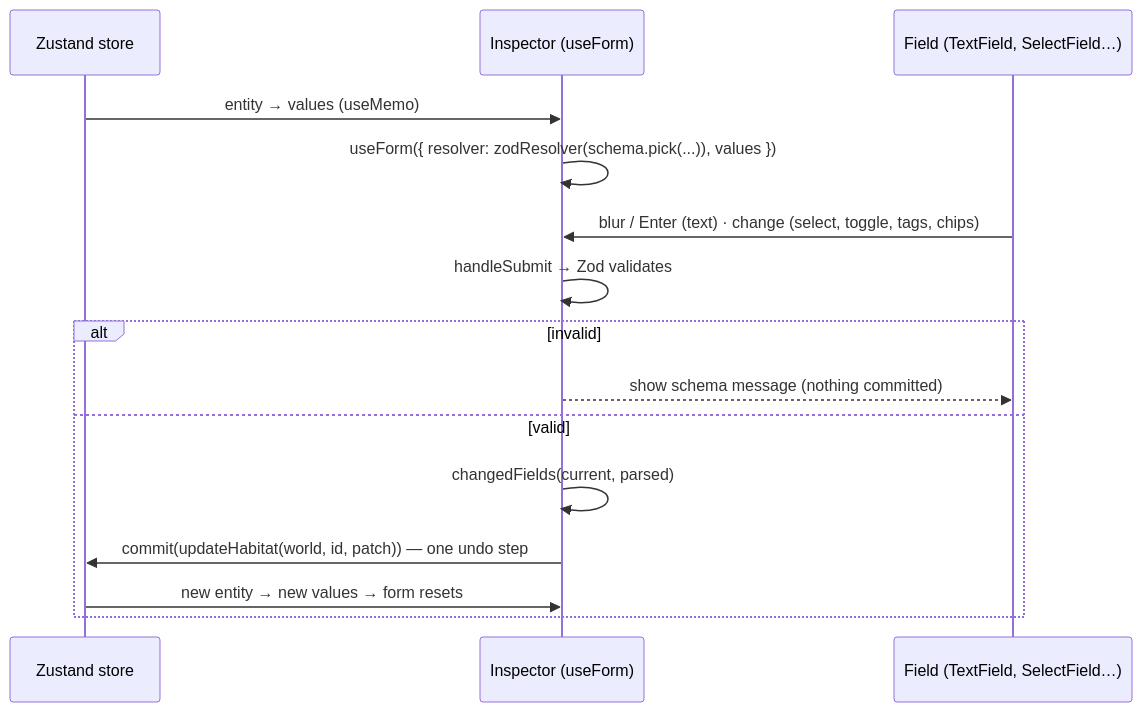
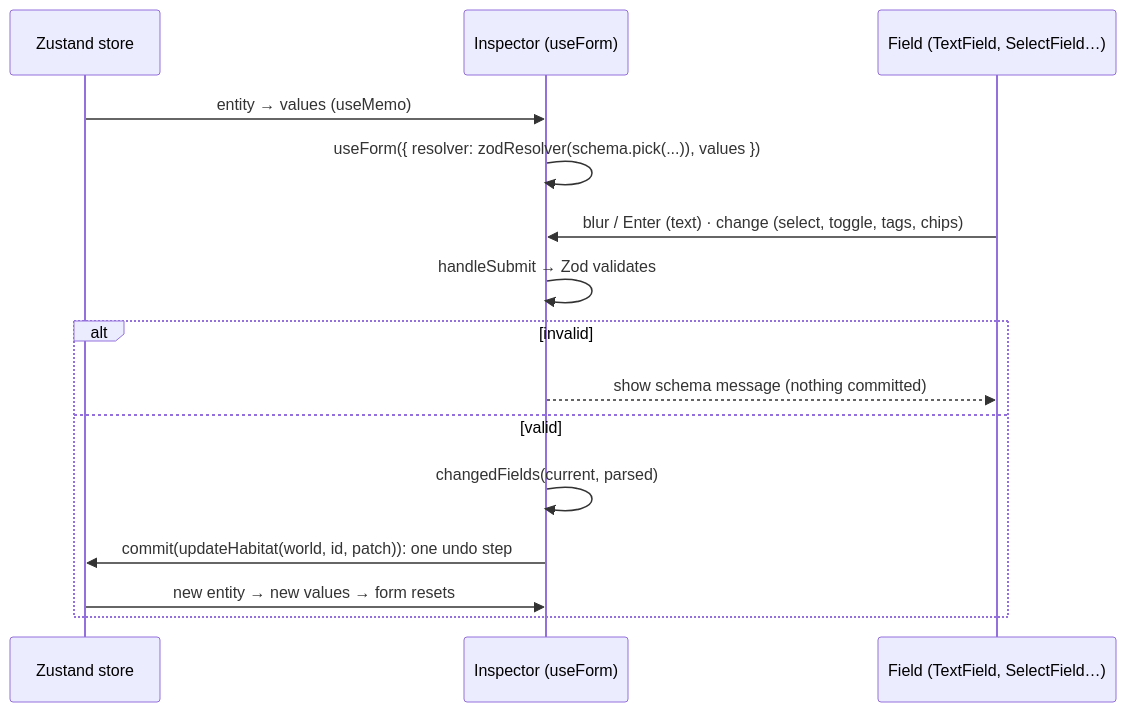
The sixth of 6 diagrams in docs/05-map-editor.md (samceracas/wildbound), drawn with Mermaid before and after one commit. The commit also changed other lines of this file and 6 other files, not shown here.

````diff
--- a/docs/05-map-editor.md
+++ b/docs/05-map-editor.md
@@ -244,17 +250,17 @@
 ```mermaid
 sequenceDiagram
     participant S as Zustand store
     participant I as Inspector (useForm)
     participant F as Field (TextField, SelectField…)
     S->>I: entity → values (useMemo)
     I->>I: useForm({ resolver: zodResolver(schema.pick(...)), values })
     F->>I: blur / Enter (text) · change (select, toggle, tags, chips)
     I->>I: handleSubmit → Zod validates
     alt invalid
         I-->>F: show schema message (nothing committed)
     else valid
         I->>I: changedFields(current, parsed)
-        I->>S: commit(updateHabitat(world, id, patch)) — one undo step
+        I->>S: commit(updateHabitat(world, id, patch)): one undo step
         S->>I: new entity → new values → form resets
     end
 ```
````
